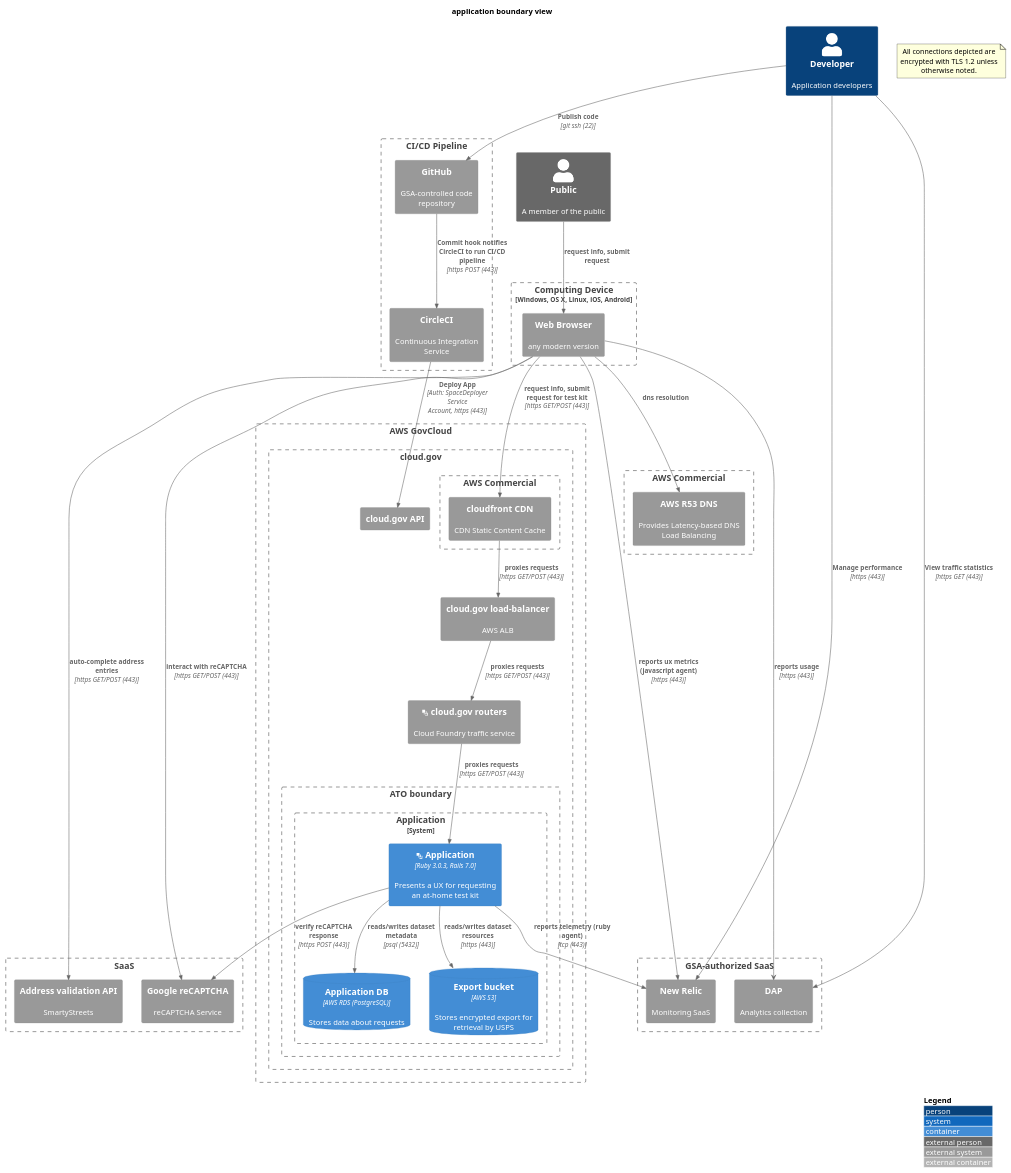
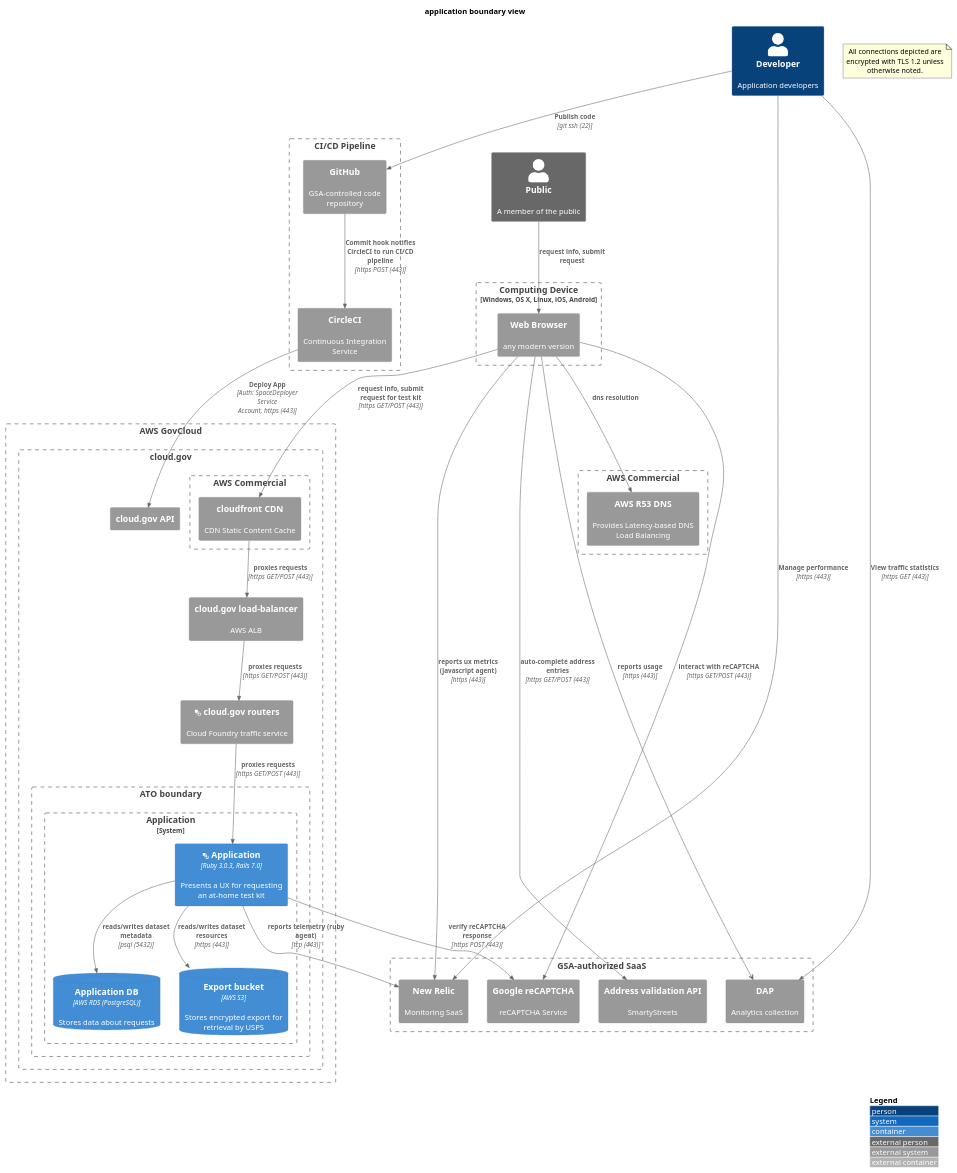
Before and after one commit to usagov/test-at-home: the diagram in doc/compliance/apps/application.boundary.md, drawn with PlantUML.

Commit message:
Add missing diagram source change
The rendered version in # included this change, but hadn't yet saved the source file when I committed.

````diff
--- a/doc/compliance/apps/application.boundary.md
+++ b/doc/compliance/apps/application.boundary.md
@@ -5,77 +5,75 @@
 ```plantuml
 @startuml
 !include https://raw.githubusercontent.com/plantuml-stdlib/C4-PlantUML/master/C4_Container.puml
 ' uncomment the following line and comment the first to use locally
 ' !include C4_Container.puml
 LAYOUT_WITH_LEGEND()
 title application boundary view
 
 Person_Ext(public, "Public", "A member of the public")
 
 Boundary(device, "Computing Device", "Windows, OS X, Linux, iOS, Android"){
     System_Ext(browser, "Web Browser", "any modern version")
 }
 Rel(public, browser, "request info, submit request", "")
 Boundary(aws_com, "AWS Commercial") {
     System_Ext(r53, "AWS R53 DNS", "Provides Latency-based DNS Load Balancing")
 }
 Rel(browser, r53, "dns resolution")
 
 note as EncryptionNote
 All connections depicted are encrypted with TLS 1.2 unless otherwise noted.
 end note
 Boundary(aws, "AWS GovCloud") {
     Boundary(cloudgov, "cloud.gov") {
         System_Ext(cg_api, "cloud.gov API")
         Boundary(cg_aws_com, "AWS Commercial") {
             System_Ext(aws_cf, "cloudfront CDN", "CDN Static Content Cache")
         }
         System_Ext(aws_alb, "cloud.gov load-balancer", "AWS ALB")
         System_Ext(cloudgov_router, "<&layers> cloud.gov routers", "Cloud Foundry traffic service")
         Boundary(atob, "ATO boundary") {
             System_Boundary(inventory, "Application") {
                 Container(app, "<&layers> Application", "Ruby 3.0.3, Rails 7.0", "Presents a UX for requesting an at-home test kit")
                 ContainerDb(app_db, "Application DB", "AWS RDS (PostgreSQL)", "Stores data about requests")
                 ContainerDb(app_s3, "Export bucket", "AWS S3", "Stores encrypted export for retrieval by USPS")
             }
         }
     }
 }
 
 
 Boundary(gsa_saas, "GSA-authorized SaaS") {
     System_Ext(dap, "DAP", "Analytics collection")
     System_Ext(newrelic, "New Relic", "Monitoring SaaS")
+    System_Ext(recaptcha, "Google reCAPTCHA", "reCAPTCHA Service")
+    System_Ext(address_api, "Address validation API", "SmartyStreets")
 }
 browser -> dap : **reports usage** \n//[https (443)]//
 Rel(app, newrelic, "reports telemetry (ruby agent)", "tcp (443)")
 Rel(browser, newrelic, "reports ux metrics (javascript agent)", "https (443)")
 Rel(browser, aws_cf, "request info, submit request for test kit", "https GET/POST (443)")
 Rel(aws_cf, aws_alb, "proxies requests", "https GET/POST (443)")
 Rel(aws_alb, cloudgov_router, "proxies requests", "https GET/POST (443)")
 Rel(cloudgov_router, app, "proxies requests", "https GET/POST (443)")
 Rel(app, app_db, "reads/writes dataset metadata", "psql (5432)")
 Rel(app, app_s3, "reads/writes dataset resources", "https (443)")
 
-Boundary(other_saas, "SaaS") {
-    System_Ext(recaptcha, "Google reCAPTCHA", "reCAPTCHA Service")
-    System_Ext(address_api, "Address validation API", "SmartyStreets")
-}
 Rel(browser, address_api, "auto-complete address entries", "https GET/POST (443)")
 Rel(browser, recaptcha, "interact with reCAPTCHA", "https GET/POST (443)")
 Rel(app, recaptcha, "verify reCAPTCHA response", "https POST (443)")
 
 Person(developer, "Developer", "Application developers")
 Boundary(cicd, "CI/CD Pipeline") {
     System_Ext(github, "GitHub", "GSA-controlled code repository")
     System_Ext(circleci, "CircleCI", "Continuous Integration Service")
 }
 Rel(developer, github, "Publish code", "git ssh (22)")
 Rel(github, circleci, "Commit hook notifies CircleCI to run CI/CD pipeline", "https POST (443)")
 Rel(circleci, cg_api, "Deploy App", "Auth: SpaceDeployer Service Account, https (443)")
 Rel(developer, dap, "View traffic statistics", "https GET (443)")
 Rel(developer, newrelic, "Manage performance", "https (443)")
 
 
 @enduml
 ```
````
